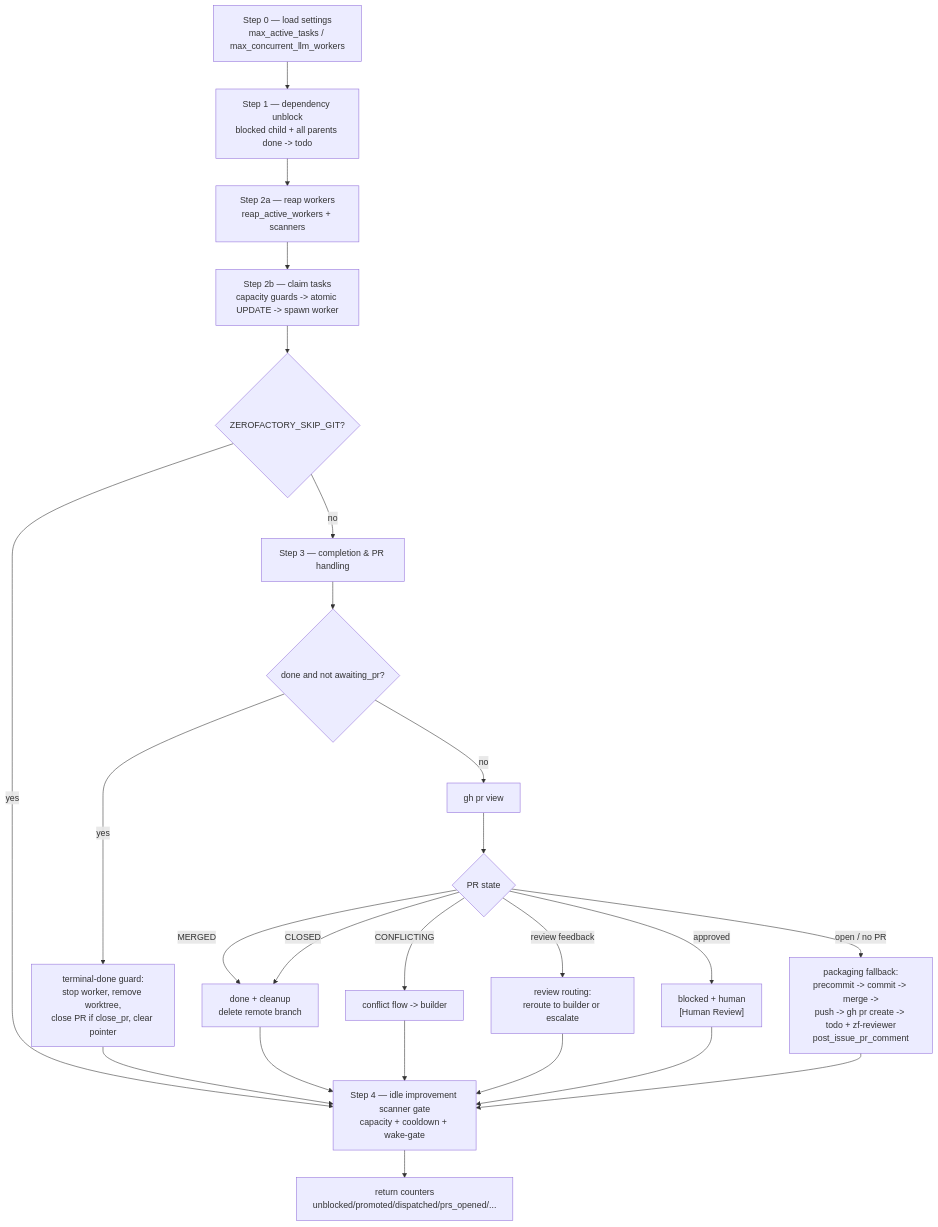
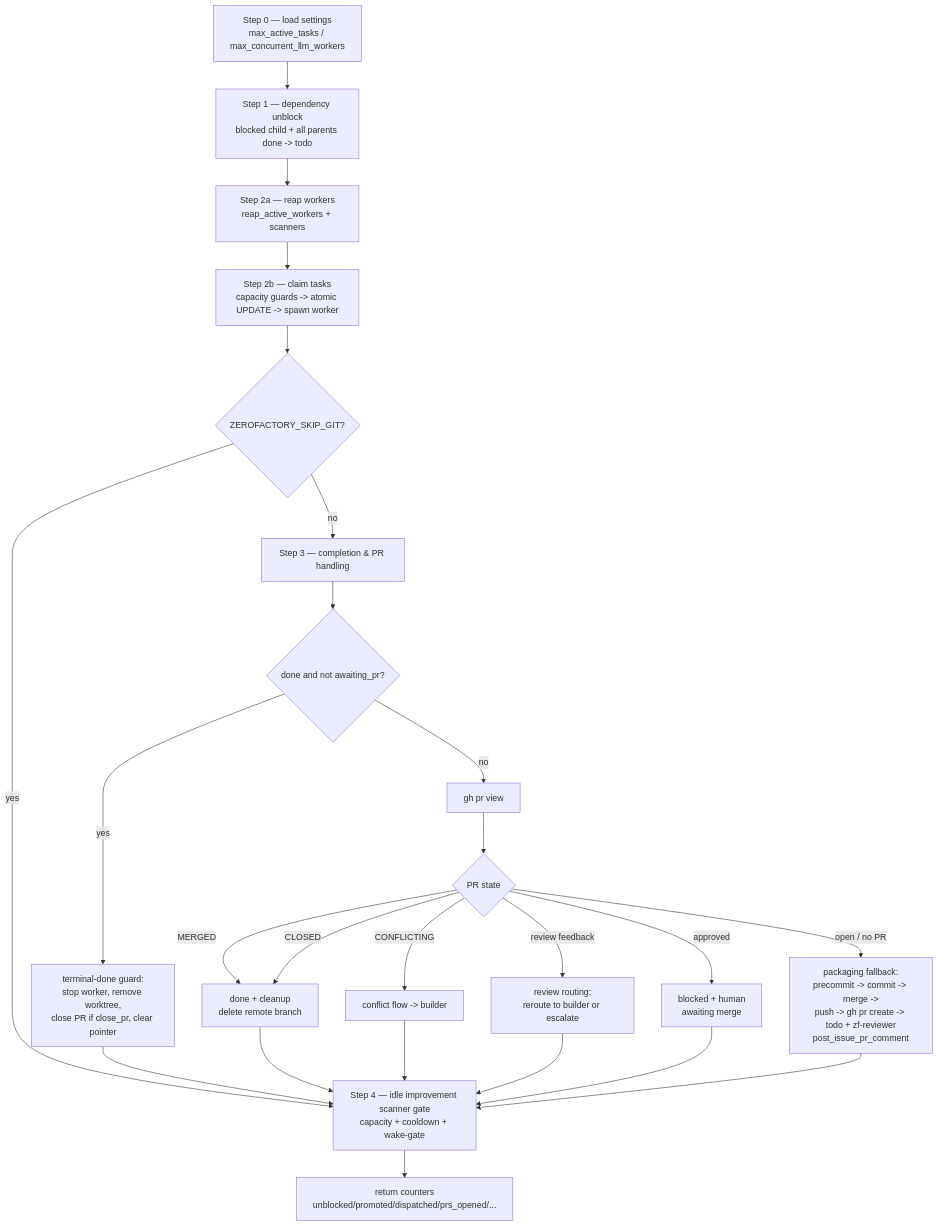
One commit to hotcode-dev/zerofactory changed the third of 11 diagrams in docs/FLOWS.md. Above: the diagram before and after it, drawn with Mermaid. The commit also changed other lines of this file and 15 other files, not shown here.

````diff
--- a/docs/FLOWS.md
+++ b/docs/FLOWS.md
@@ -130,20 +134,20 @@
 ```mermaid
 flowchart TD
     S0["Step 0 — load settings<br/>max_active_tasks / max_concurrent_llm_workers"] --> S1
     S1["Step 1 — dependency unblock<br/>blocked child + all parents done -> todo"] --> S2
     S2["Step 2a — reap workers<br/>reap_active_workers + scanners"] --> S2B
     S2B["Step 2b — claim tasks<br/>capacity guards -> atomic UPDATE -> spawn worker"] --> S3
     S3{"ZEROFACTORY_SKIP_GIT?"} -->|no| S3B["Step 3 — completion & PR handling"]
     S3 -->|yes| S4
     S3B --> GUARD{"done and not awaiting_pr?"}
     GUARD -->|yes| CLEAN["terminal-done guard:<br/>stop worker, remove worktree,<br/>close PR if close_pr, clear pointer"] --> S4
     GUARD -->|no| POLL["gh pr view"]
     POLL --> ST{"PR state"} 
     ST -->|MERGED| DONE1["done + cleanup<br/>delete remote branch"] --> S4
     ST -->|CLOSED| DONE1
     ST -->|CONFLICTING| CONF["conflict flow -> builder"] --> S4
     ST -->|review feedback| REVIEW["review routing:<br/>reroute to builder or escalate"] --> S4
-    ST -->|approved| HUMAN["blocked + human<br/>[Human Review]"] --> S4
+    ST -->|approved| HUMAN["blocked + human<br/>awaiting merge"] --> S4
     ST -->|open / no PR| PACK["packaging fallback:<br/>precommit -> commit -> merge -><br/>push -> gh pr create -> todo + zf-reviewer<br/>post_issue_pr_comment"] --> S4
     S4["Step 4 — idle improvement scanner gate<br/>capacity + cooldown + wake-gate"] --> R["return counters<br/>unblocked/promoted/dispatched/prs_opened/..."]
 ```
````
